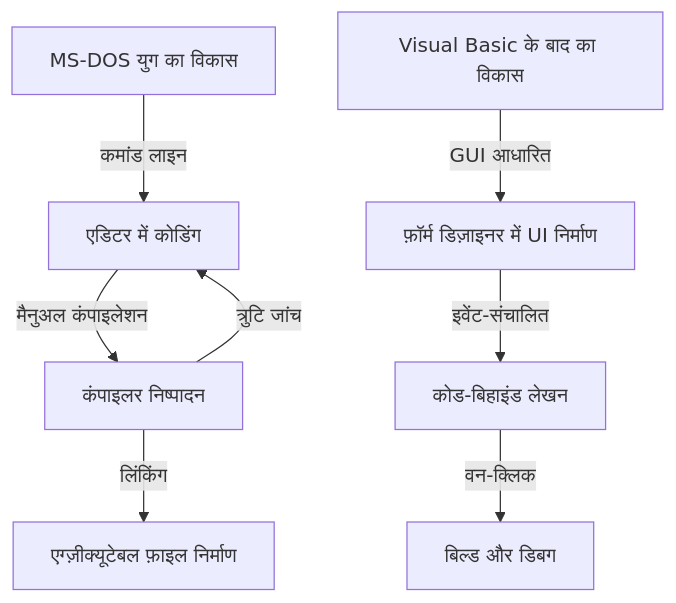
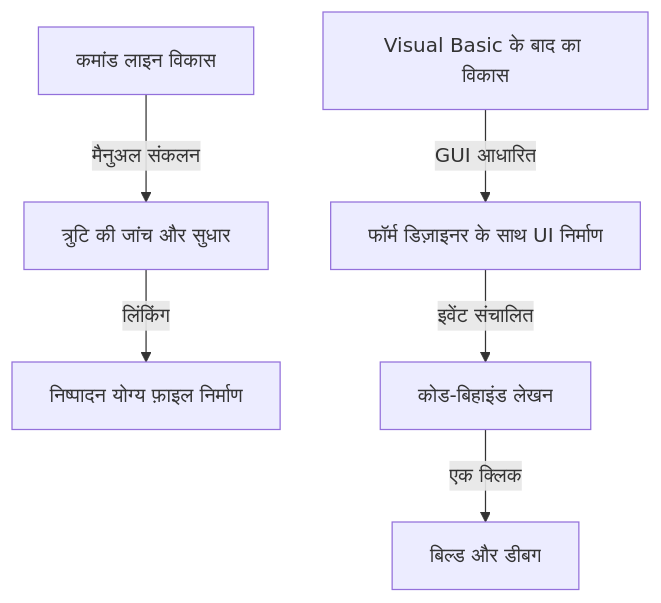
The first of 2 diagrams in content/post/history-of-visual-studio/index.hi.md (kenjinote/blog), drawn with Mermaid before and after one commit. The commit also changed other lines of this file and 129 other files, not shown here.

````diff
--- a/content/post/history-of-visual-studio/index.hi.md
+++ b/content/post/history-of-visual-studio/index.hi.md
@@ -32,11 +29,9 @@
 ```mermaid
 graph TD
-    A["MS-DOS युग का विकास"] -- "कमांड लाइन" --> B["एडिटर में कोडिंग"]
-    B -- "मैनुअल कंपाइलेशन" --> C["कंपाइलर निष्पादन"]
-    C -- "त्रुटि जांच" --> B
-    C -- "लिंकिंग" --> D["एग्ज़ीक्यूटेबल फ़ाइल निर्माण"]
+    A["कमांड लाइन विकास"] -- "मैनुअल संकलन" --> B["त्रुटि की जांच और सुधार"]
+    B -- "लिंकिंग" --> C["निष्पादन योग्य फ़ाइल निर्माण"]
     
-    E["Visual Basic के बाद का विकास"] -- "GUI आधारित" --> F["फ़ॉर्म डिज़ाइनर में UI निर्माण"]
-    F -- "इवेंट-संचालित" --> G["कोड-बिहाइंड लेखन"]
-    G -- "वन-क्लिक" --> H["बिल्ड और डिबग"]
+    D["Visual Basic के बाद का विकास"] -- "GUI आधारित" --> E["फॉर्म डिज़ाइनर के साथ UI निर्माण"]
+    E -- "इवेंट संचालित" --> F["कोड-बिहाइंड लेखन"]
+    F -- "एक क्लिक" --> G["बिल्ड और डीबग"]
 ```
````
